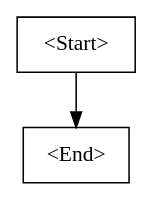
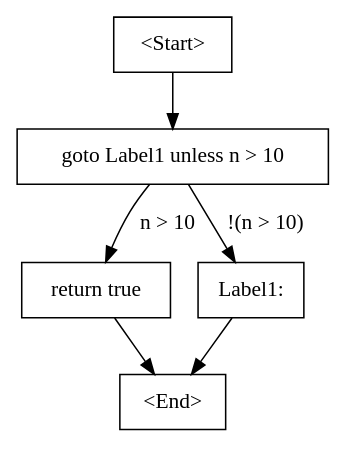
One commit to Sihuai2412/Epsilon changed the diagram in src/epsilon.Tests/bin/Debug/net9.0/cfg.dot. Above: the diagram before and after it, drawn with Graphviz. The commit also changed 64 other files, not shown here.

```diff
--- a/src/epsilon.Tests/bin/Debug/net9.0/cfg.dot
+++ b/src/epsilon.Tests/bin/Debug/net9.0/cfg.dot
@@ -1,5 +1,12 @@
 digraph G {
     N0 [label = "<Start>", shape = box]
-    N1 [label = "<End>", shape = box]
+    N1 [label = "goto Label1 unless n > 10", shape = box]
+    N2 [label = "return true", shape = box]
+    N3 [label = "Label1:", shape = box]
+    N4 [label = "<End>", shape = box]
     N0 -> N1 [label = ""]
+    N1 -> N3 [label = "!(n > 10)"]
+    N1 -> N2 [label = "n > 10"]
+    N2 -> N4 [label = ""]
+    N3 -> N4 [label = ""]
 }
```
